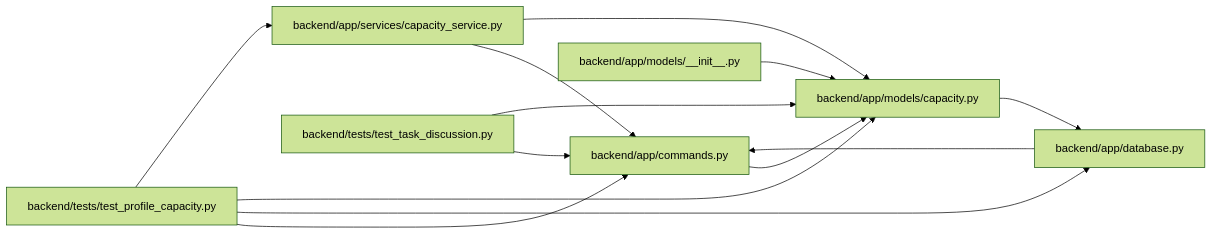
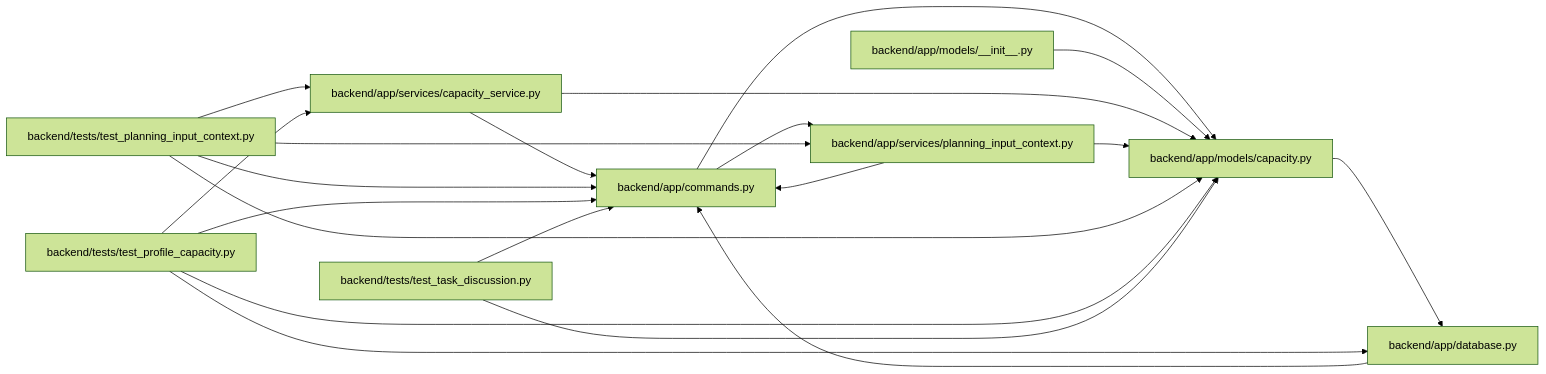
One commit to Denissvgn/WorkChord changed the diagram in docs/llm_wiki/modules/models_capacity.md. Above: the diagram before and after it, drawn with Mermaid (forest theme). The commit also changed other lines of this file and 10148 other files, not shown here.

````diff
--- a/docs/llm_wiki/modules/models_capacity.md
+++ b/docs/llm_wiki/modules/models_capacity.md
@@ -21,29 +21,40 @@
 ```mermaid
 flowchart LR
     n0["backend/app/commands.py"]
     n1["backend/app/database.py"]
     n2["backend/app/models/__init__.py"]
     n3["backend/app/models/capacity.py"]
     n4["backend/app/services/capacity_service.py"]
-    n5["backend/tests/test_profile_capacity.py"]
-    n6["backend/tests/test_task_discussion.py"]
+    n5["backend/app/services/planning_input_context.py"]
+    n6["backend/tests/test_planning_input_context.py"]
+    n7["backend/tests/test_profile_capacity.py"]
+    n8["backend/tests/test_task_discussion.py"]
     n0 --> n3
+    n0 --> n5
     n1 --> n0
     n2 --> n3
     n3 --> n1
     n4 --> n0
     n4 --> n3
     n5 --> n0
-    n5 --> n1
     n5 --> n3
-    n5 --> n4
     n6 --> n0
     n6 --> n3
+    n6 --> n4
+    n6 --> n5
+    n7 --> n0
+    n7 --> n1
+    n7 --> n3
+    n7 --> n4
+    n8 --> n0
+    n8 --> n3
     click n0 "../modules/commands.md"
     click n1 "../modules/app_database.md"
     click n2 "../modules/models___init__.md"
     click n3 "../modules/models_capacity.md"
     click n4 "../modules/capacity_service.md"
-    click n5 "../modules/test_profile_capacity.md"
-    click n6 "../modules/test_task_discussion.md"
+    click n5 "../modules/planning_input_context.md"
+    click n6 "../modules/test_planning_input_context.md"
+    click n7 "../modules/test_profile_capacity.md"
+    click n8 "../modules/test_task_discussion.md"
 ```
````
